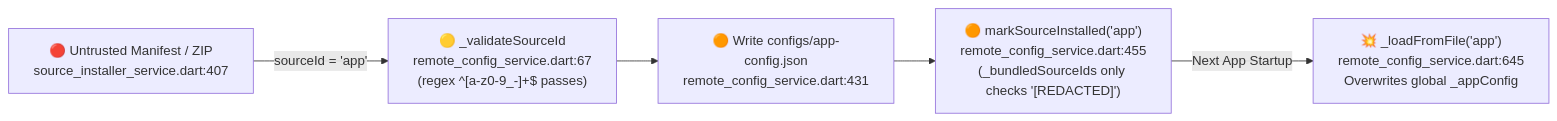
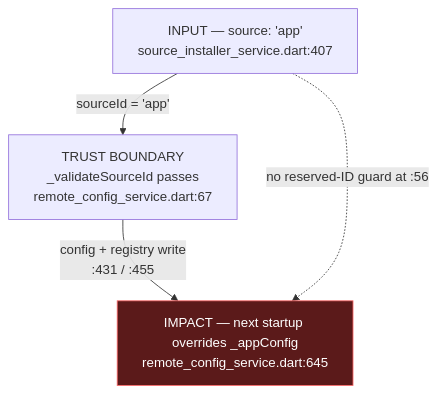
The second of 2 diagrams in README.md (shirokun20/kuron-security), drawn with Mermaid before and after one commit. The commit also changed other lines of this file and 4 other files, not shown here.

Commit message:
fix(v2.1.1): reshape F1 attack graph into a dynamic top-down bypass diagram

````diff
--- a/README.md
+++ b/README.md
@@ -198,7 +198,11 @@
 ```mermaid
-flowchart LR
-    src["🔴 Untrusted Manifest / ZIP<br/>source_installer_service.dart:407"] -->|"sourceId = 'app'"| val["🟡 _validateSourceId<br/>remote_config_service.dart:67<br/>(regex ^[a-z0-9_-]+$ passes)"]
-    val --> write["🟠 Write configs/app-config.json<br/>remote_config_service.dart:431"]
-    write --> mark["🟠 markSourceInstalled('app')<br/>remote_config_service.dart:455<br/>(_bundledSourceIds only checks '[REDACTED]')"]
-    mark -->|"Next App Startup"| sink["💥 _loadFromFile('app')<br/>remote_config_service.dart:645<br/>Overwrites global _appConfig"]
+flowchart TD
+  A["INPUT — source: 'app'<br/>source_installer_service.dart:407"]
+  B["TRUST BOUNDARY<br/>_validateSourceId passes<br/>remote_config_service.dart:67"]
+  C["IMPACT — next startup overrides _appConfig<br/>remote_config_service.dart:645"]
+  A -->|"sourceId = 'app'"| B
+  B -->|"config + registry write<br/>:431 / :455"| C
+  A -. "no reserved-ID guard at :56" .-> C
+  classDef impact fill:#5b1a1a,stroke:#ff6b6b,color:#fff;
+  class C impact;
 ```
````
